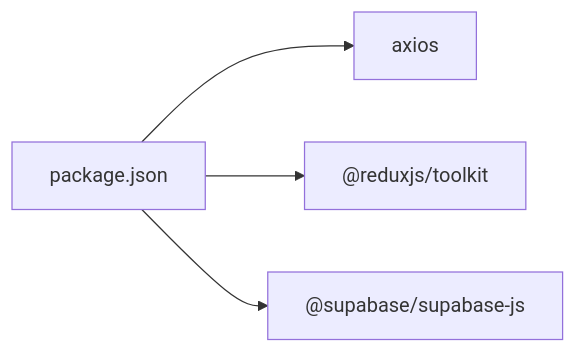
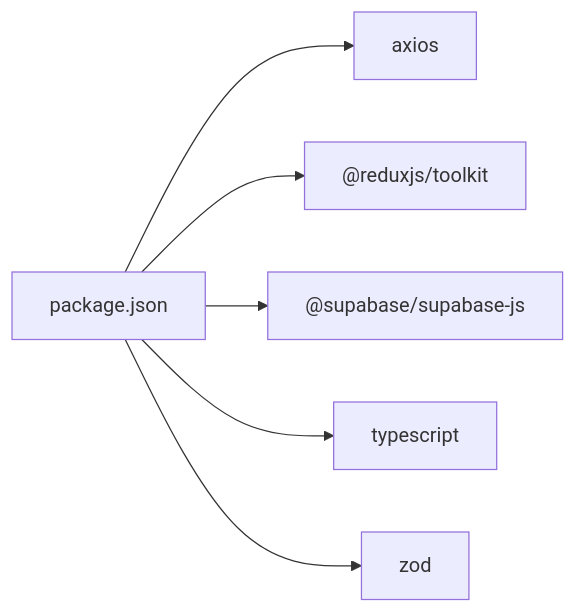
Before and after one commit to cacamarica/dashboard-ai: the third of 3 diagrams in .qoder/repowiki/en/content/API Integration/API Integration.md, drawn with Mermaid. The commit also changed other lines of this file and 14 other files, not shown here.

````diff
--- a/.qoder/repowiki/en/content/API Integration/API Integration.md
+++ b/.qoder/repowiki/en/content/API Integration/API Integration.md
@@ -302,10 +363,14 @@
 ```mermaid
 graph LR
 Package["package.json"]
 Axios["axios"]
 RTK["@reduxjs/toolkit"]
 Supabase["@supabase/supabase-js"]
+Typescript["typescript"]
+Zod["zod"]
 Package --> Axios
 Package --> RTK
 Package --> Supabase
+Package --> Typescript
+Package --> Zod
 ```
````
